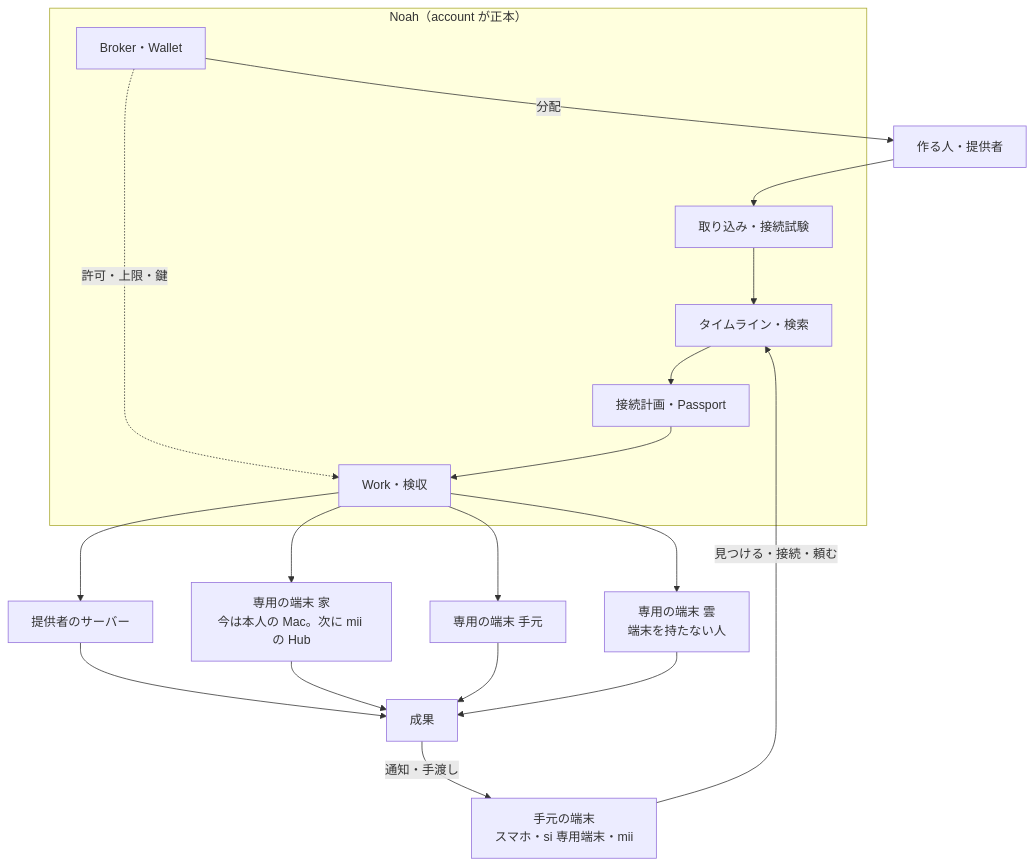
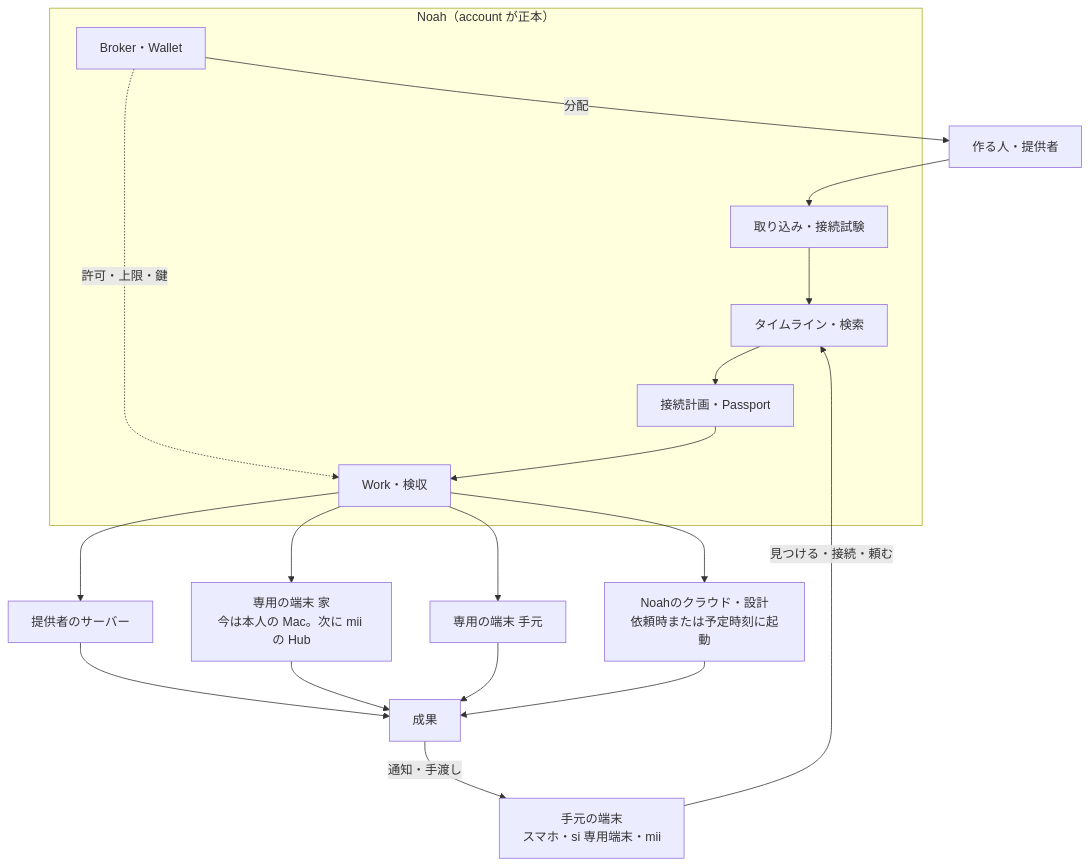
One commit to k999ln/rock changed the first of 6 diagrams in docs/noah-design.md. Above: the diagram before and after it, drawn with Mermaid. The commit also changed other lines of this file and 29 other files, not shown here.

````diff
--- a/docs/noah-design.md
+++ b/docs/noah-design.md
@@ -43,22 +43,22 @@
 ```mermaid
 flowchart TB
   A[作る人・提供者] --> IN[取り込み・接続試験]
   subgraph Noah[Noah（account が正本）]
     IN --> TL[タイムライン・検索]
     TL --> CP[接続計画・Passport]
     CP --> WK[Work・検収]
     BR[Broker・Wallet]
   end
   H[手元の端末<br/>スマホ・si 専用端末・mii] -->|見つける・接続・頼む| TL
   WK --> P[提供者のサーバー]
   WK --> HM[専用の端末 家<br/>今は本人の Mac。次に mii の Hub]
   WK --> PK[専用の端末 手元]
-  WK --> C[専用の端末 雲<br/>端末を持たない人]
+  WK --> C[Noahのクラウド・設計<br/>依頼時または予定時刻に起動]
   P --> R[成果]
   C --> R
   HM --> R
   PK --> R
   R -->|通知・手渡し| H
   BR -. 許可・上限・鍵 .-> WK
   BR -->|分配| A
 ```
````
